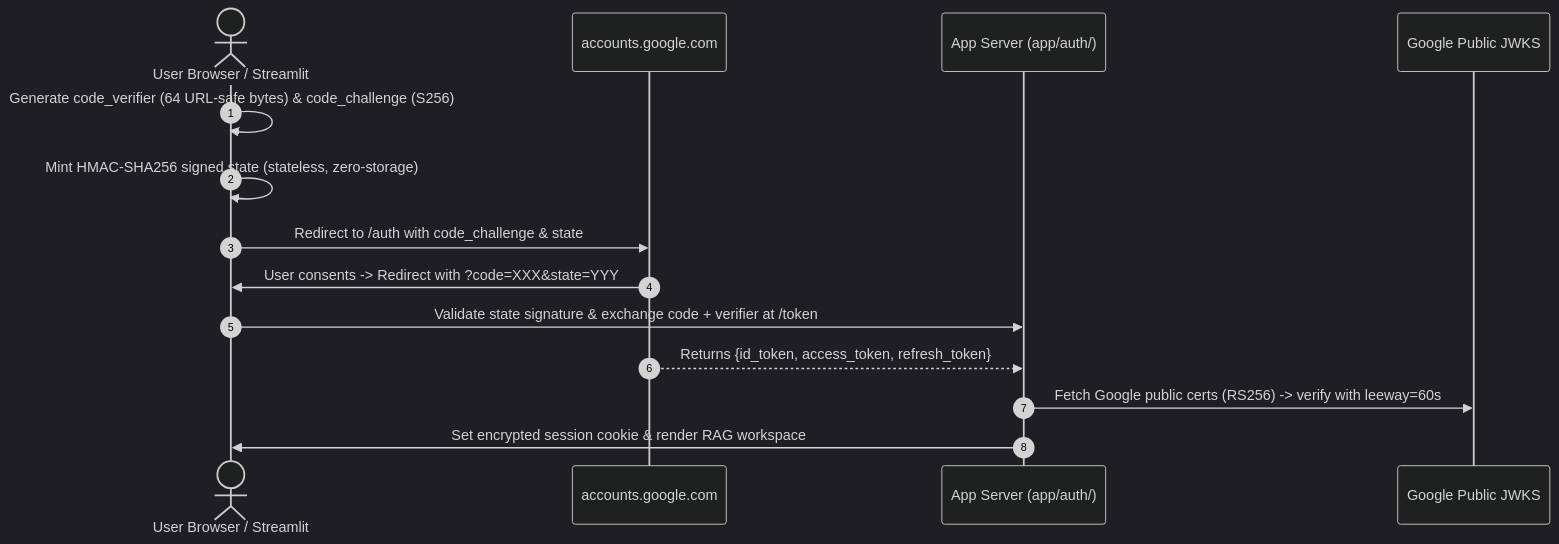
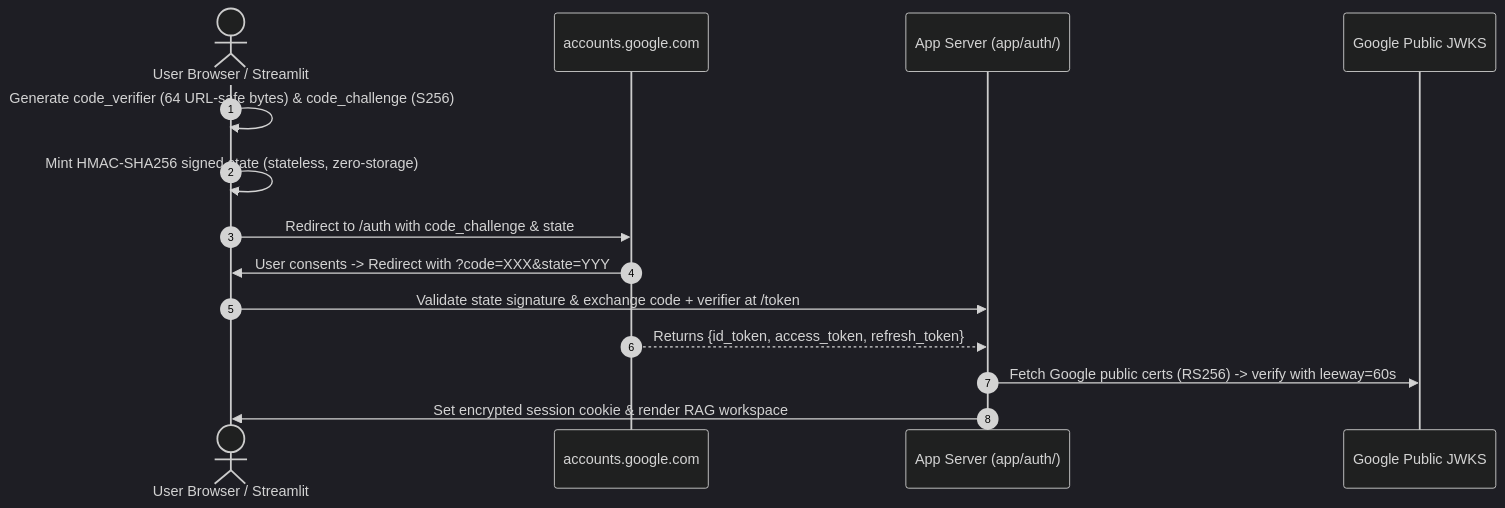
The third of 9 diagrams in README.md (Kenono2000/enterprise-rag-pgvector-rbac), drawn with Mermaid (dark theme) before and after one commit. The commit also changed other lines of this file, not shown here.

````diff
--- a/README.md
+++ b/README.md
@@ -243,17 +139,17 @@
 ```mermaid
+%%{init: {'sequence': {'actorMargin': 30, 'boxMargin': 6, 'messageMargin': 22}}}%%
 sequenceDiagram
     autonumber
     actor Browser as User Browser / Streamlit
     participant Google as accounts.google.com
     participant App as App Server (app/auth/)
     participant JWKS as Google Public JWKS
-
     Browser->>Browser: Generate code_verifier (64 URL-safe bytes) & code_challenge (S256)
     Browser->>Browser: Mint HMAC-SHA256 signed state (stateless, zero-storage)
     Browser->>Google: Redirect to /auth with code_challenge & state
     Google->>Browser: User consents -> Redirect with ?code=XXX&state=YYY
     Browser->>App: Validate state signature & exchange code + verifier at /token
     Google-->>App: Returns {id_token, access_token, refresh_token}
     App->>JWKS: Fetch Google public certs (RS256) -> verify with leeway=60s
     App->>Browser: Set encrypted session cookie & render RAG workspace
 ```
````
